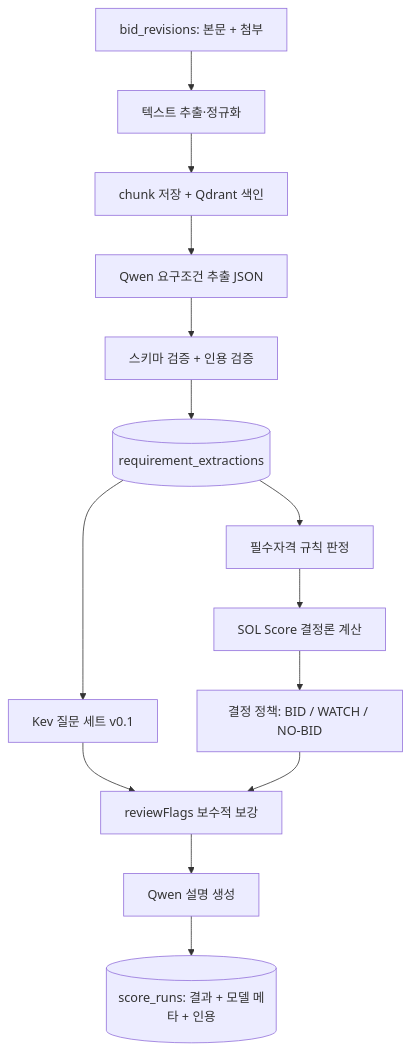
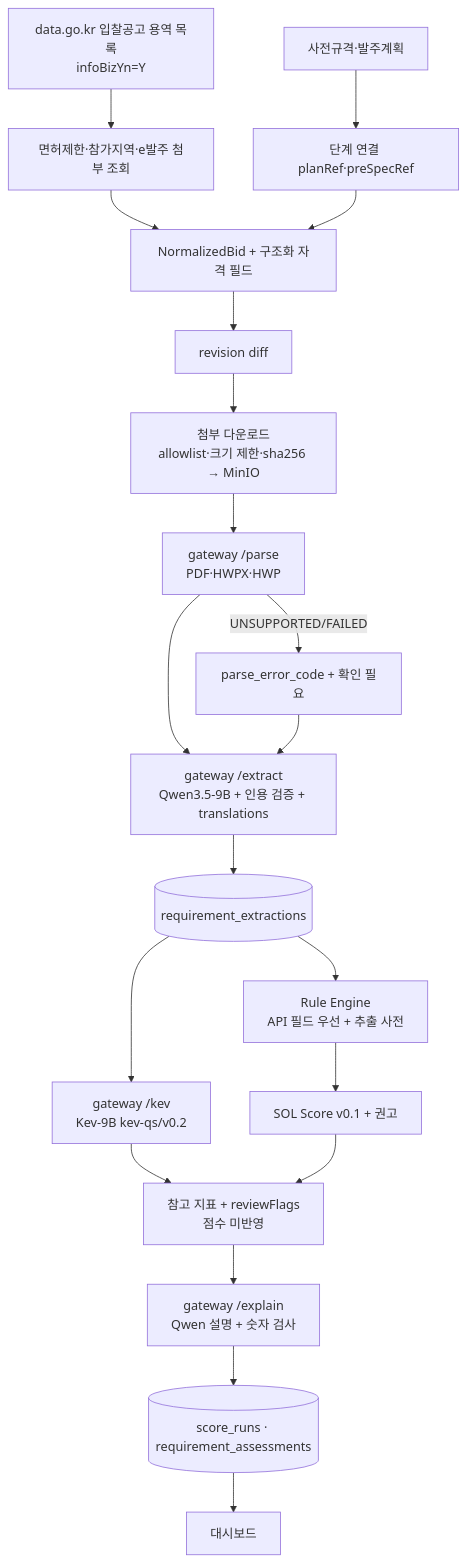
The diagram in docs/03-AI-PIPELINE.md (solideoai/sol-radar), drawn with Mermaid before and after one commit. The commit also changed other lines of this file and 21 other files, not shown here.

````diff
--- a/docs/03-AI-PIPELINE.md
+++ b/docs/03-AI-PIPELINE.md
@@ -29,16 +37,22 @@
 ```mermaid
 flowchart TD
- A[bid_revisions: 본문 + 첨부] --> B[텍스트 추출·정규화]
- B --> C[chunk 저장 + Qdrant 색인]
- C --> D[Qwen 요구조건 추출 JSON]
- D --> E[스키마 검증 + 인용 검증]
+ A[data.go.kr 입찰공고 용역 목록<br/>infoBizYn=Y] --> B[면허제한·참가지역·e발주 첨부 조회]
+ A2[사전규격·발주계획] --> L[단계 연결 planRef·preSpecRef]
+ B --> N[NormalizedBid + 구조화 자격 필드]
+ L --> N
+ N --> R1[revision diff]
+ R1 --> D[첨부 다운로드<br/>allowlist·크기 제한·sha256 → MinIO]
+ D --> P[gateway /parse<br/>PDF·HWPX·HWP]
+ P -->|UNSUPPORTED/FAILED| PE[parse_error_code + 확인 필요]
+ P --> E[gateway /extract<br/>Qwen3.5-9B + 인용 검증 + translations]
+ PE --> E
  E --> X[(requirement_extractions)]
- X --> F[필수자격 규칙 판정]
- X --> K[Kev 질문 세트 v0.1]
- F --> G[SOL Score 결정론 계산]
- G --> I[결정 정책: BID / WATCH / NO-BID]
- K --> I2[reviewFlags 보수적 보강]
- I --> I2
- I2 --> J[Qwen 설명 생성]
- J --> Z[(score_runs: 결과 + 모델 메타 + 인용)]
+ X --> RE[Rule Engine<br/>API 필드 우선 + 추출 사전]
+ X --> K[gateway /kev<br/>Kev-9B kev-qs/v0.2]
+ RE --> S[SOL Score v0.1 + 권고]
+ K --> F[참고 지표 + reviewFlags<br/>점수 미반영]
+ S --> F
+ F --> EX[gateway /explain<br/>Qwen 설명 + 숫자 검사]
+ EX --> Z[(score_runs · requirement_assessments)]
+ Z --> UI[대시보드]
 ```
````
